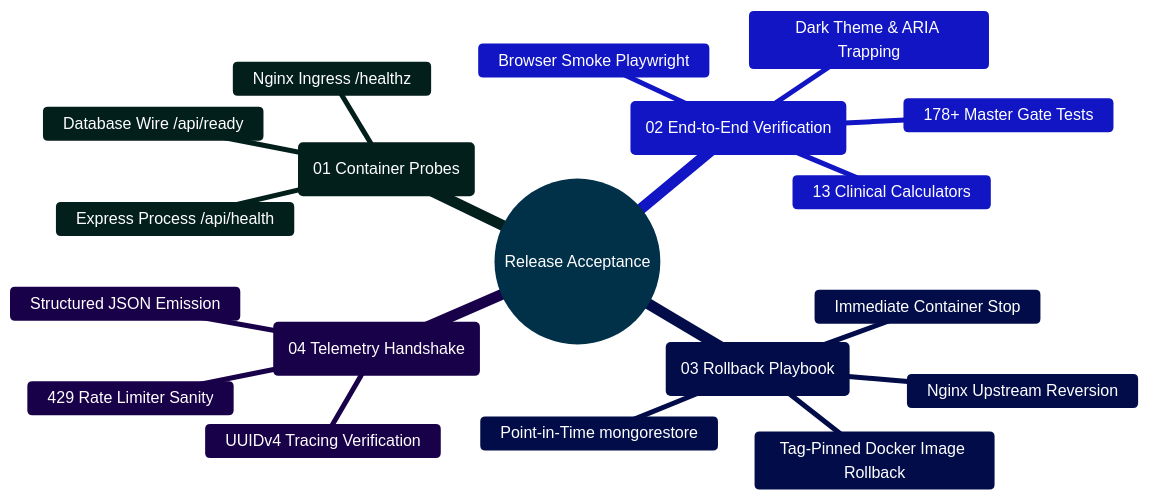
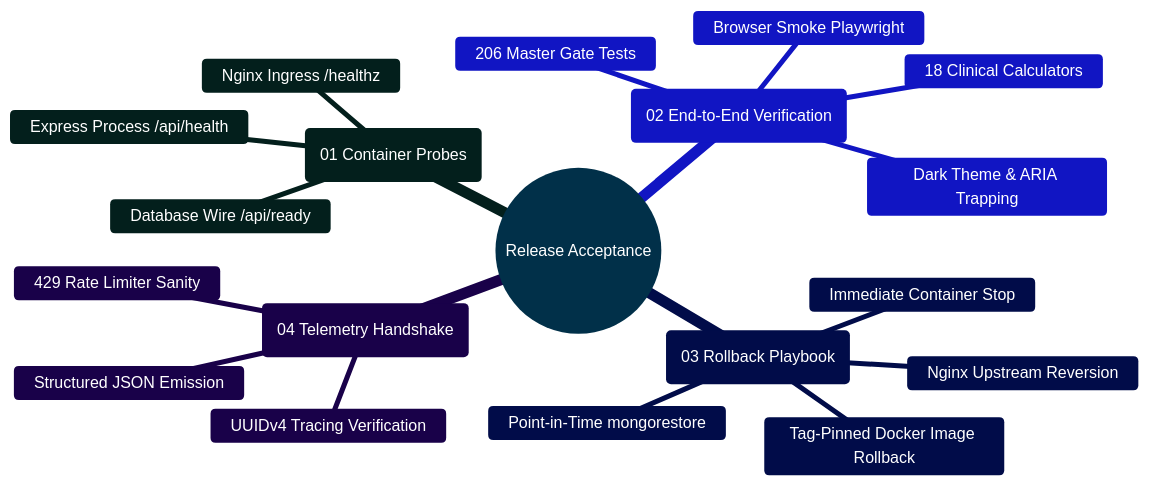
One commit to Ganesh172919/React-App-LLM changed the third of 4 diagrams in docs/DEPLOYMENT_RUNBOOK.md. Above: the diagram before and after it, drawn with Mermaid. The commit also changed other lines of this file and 12 other files, not shown here.

````diff
--- a/docs/DEPLOYMENT_RUNBOOK.md
+++ b/docs/DEPLOYMENT_RUNBOOK.md
@@ -720,24 +720,24 @@
 ```mermaid
 %%{init: {'theme': 'base', 'themeVariables': { 'primaryColor': '#0284c7', 'primaryTextColor': '#ffffff', 'primaryBorderColor': '#0369a1', 'lineColor': '#0284c7', 'secondaryColor': '#0d9488', 'tertiaryColor': '#6366f1' }}}%%
 mindmap
   root((Release Acceptance))
     ::icon(fa fa-check-circle)
     (01 Container Probes)
       Nginx Ingress /healthz
       Express Process /api/health
       Database Wire /api/ready
     (02 End-to-End Verification)
-      178+ Master Gate Tests
+      206 Master Gate Tests
       Browser Smoke Playwright
       Dark Theme & ARIA Trapping
-      13 Clinical Calculators
+      18 Clinical Calculators
     (03 Rollback Playbook)
       Immediate Container Stop
       Tag-Pinned Docker Image Rollback
       Point-in-Time mongorestore
       Nginx Upstream Reversion
     (04 Telemetry Handshake)
       UUIDv4 Tracing Verification
       Structured JSON Emission
       429 Rate Limiter Sanity
 ```
````
